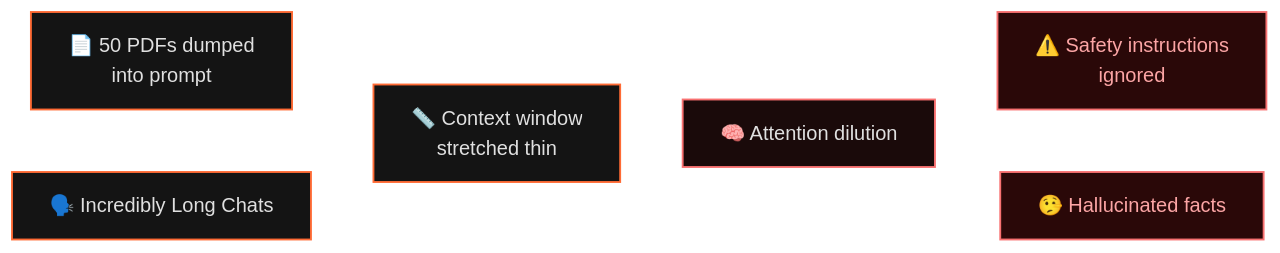
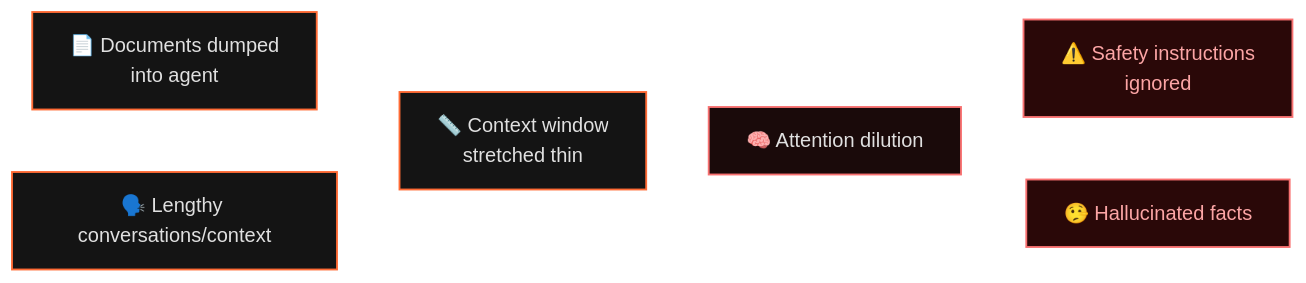
Before and after one commit to dambem/integrity-by-design-presentation: the diagram in slides.md, drawn with Mermaid. The commit also changed other lines of this file and 18 other files, not shown here.

````diff
--- a/slides.md
+++ b/slides.md
@@ -364,16 +660,16 @@
 ```mermaid {scale: 0.75}
 %%{init: {'theme': 'base', 'themeVariables': {'background': '#0a0a0a', 'primaryColor': '#141414', 'primaryTextColor': '#e0e0e0', 'primaryBorderColor': 'rgba(255,255,255,0.15)', 'lineColor': 'rgba(255,255,255,0.35)', 'edgeLabelBackground': '#111111', 'tertiaryColor': '#1a1a1a'}}}%%
 graph LR
-    A[📄 50 PDFs dumped<br/>into prompt] --> B[📏 Context window<br/>stretched thin]
-    F[🗣️ Incredibly Long Chats] --> B
+    A[📄 Documents dumped<br/>into agent] --> B[📏 Context window<br/>stretched thin]
+    F[🗣️ Lengthy conversations/context ] --> B
     B --> C[🧠 Attention dilution]
     C --> D[⚠️ Safety instructions<br/>ignored]
     C --> E[🤥 Hallucinated facts]
 
     style A fill:#141414,stroke:#ff6b35,stroke-width:1.5px,color:#e0e0e0
     style F fill:#141414,stroke:#ff6b35,stroke-width:1.5px,color:#e0e0e0
     style B fill:#141414,stroke:#ff6b35,stroke-width:1.5px,color:#e0e0e0
     style C fill:#1a0a0a,stroke:#f87171,stroke-width:1.5px,color:#e0e0e0
     style D fill:#2a0808,stroke:#f87171,stroke-width:1.5px,color:#fca5a5
     style E fill:#2a0808,stroke:#f87171,stroke-width:1.5px,color:#fca5a5
 ```
````
